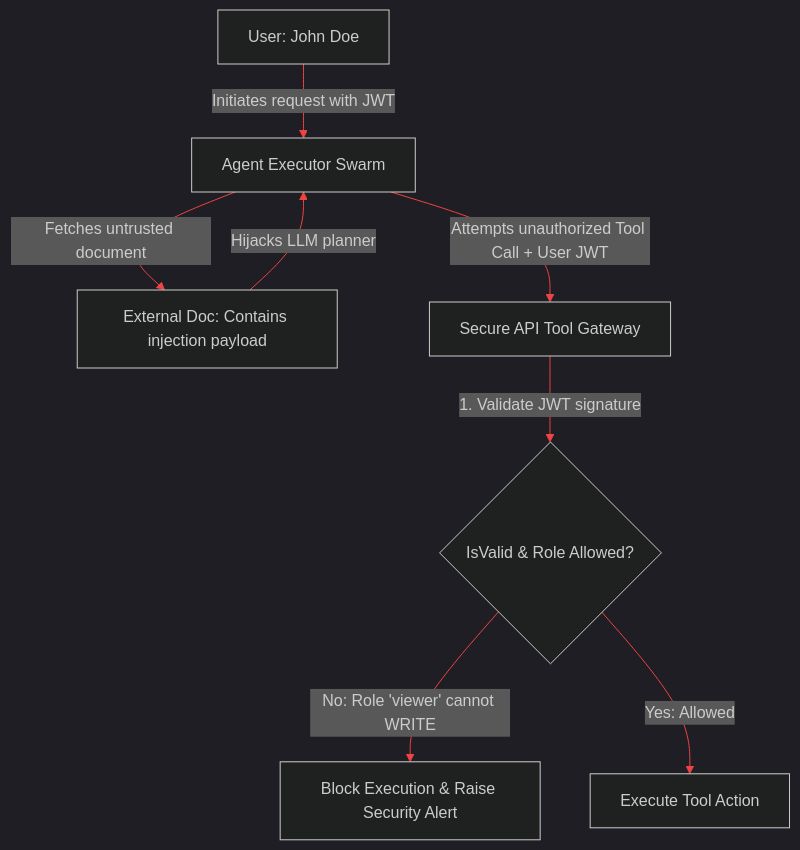
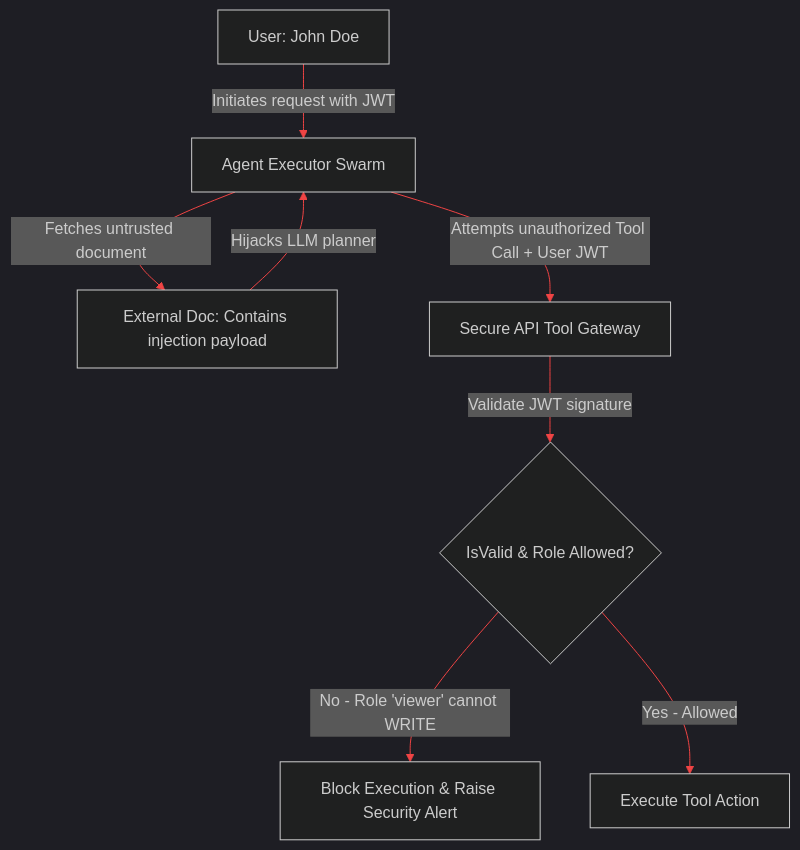
The diagram in blog/posts/securing-agent-tool-execution-rbac-delegated-auth.md (akmalkhaniub/akmalkhaniub.github.io), drawn with Mermaid before and after one commit. The commit also changed 411 other files, not shown here.

````diff
--- a/blog/posts/securing-agent-tool-execution-rbac-delegated-auth.md
+++ b/blog/posts/securing-agent-tool-execution-rbac-delegated-auth.md
@@ -17,13 +17,13 @@
 ```mermaid
 %%{init: {'theme': 'dark', 'themeVariables': { 'primaryColor': '#ef4444', 'primaryTextColor': '#f3f4f6', 'primaryBorderColor': '#f87171', 'lineColor': '#ef4444', 'secondaryColor': '#111827', 'tertiaryColor': '#0b0f19'}}}%%
 flowchart TD
     User[User: John Doe] -->|Initiates request with JWT| Agent[Agent Executor Swarm]
     Agent -->|Fetches untrusted document| ExternalDoc[External Doc: Contains injection payload]
     
     ExternalDoc -->|Hijacks LLM planner| Agent
     Agent -->|Attempts unauthorized Tool Call + User JWT| Gate[Secure API Tool Gateway]
     
-    Gate -->|1. Validate JWT signature| Verify{IsValid & Role Allowed?}
-    Verify -->|No: Role 'viewer' cannot WRITE| Block[Block Execution & Raise Security Alert]
-    Verify -->|Yes: Allowed| Execute[Execute Tool Action]
+    Gate -->|Validate JWT signature| Verify{IsValid & Role Allowed?}
+    Verify -->|No - Role 'viewer' cannot WRITE| Block[Block Execution & Raise Security Alert]
+    Verify -->|Yes - Allowed| Execute[Execute Tool Action]
 ```
````
